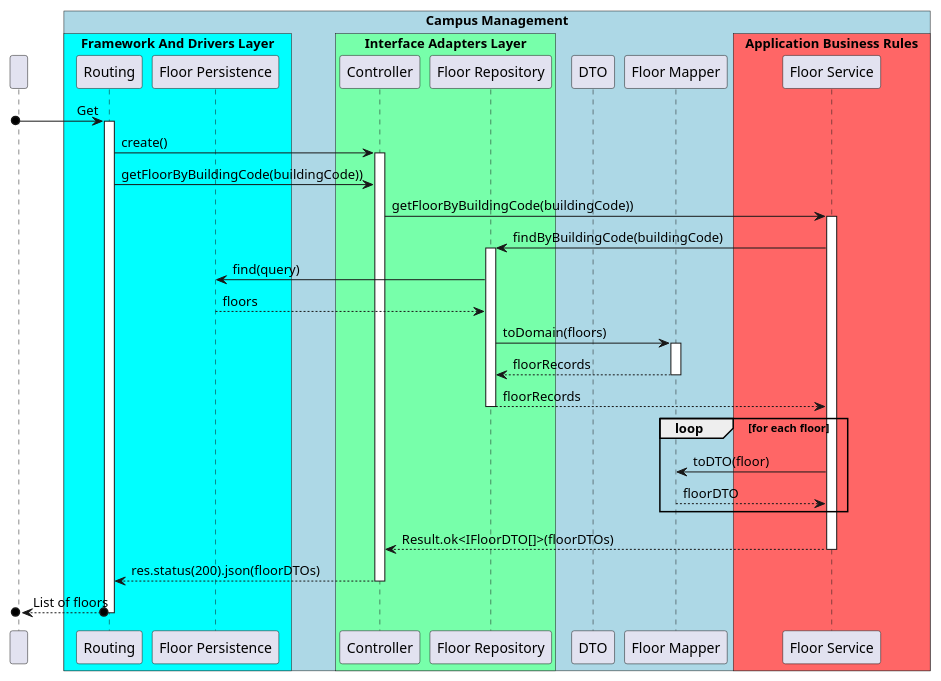
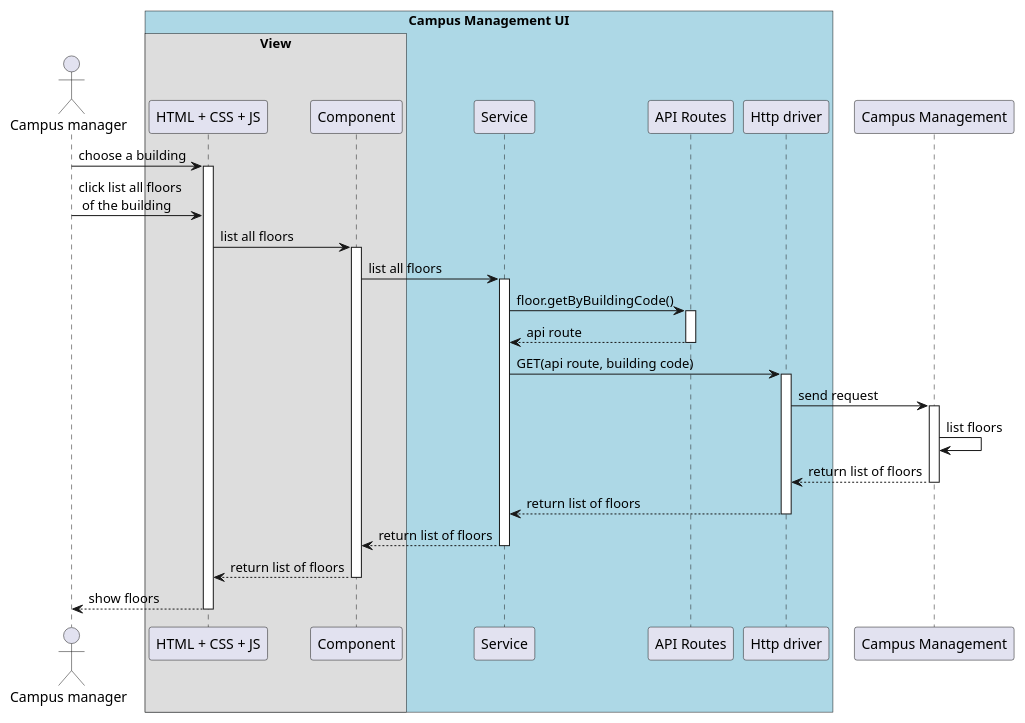
The diagram in docs/US/Sprint_B/ID-210-ID-1100/SD lv3.puml (winqus/RobDroneGo), drawn with PlantUML before and after one commit. The commit also changed 4 other files, not shown here.

```diff
--- a/docs/US/Sprint_B/ID-210-ID-1100/SD lv3.puml
+++ b/docs/US/Sprint_B/ID-210-ID-1100/SD lv3.puml
@@ -1,61 +1,59 @@
 @startuml SD Lv3
 
 !pragma teoz true
 
-participant " "
-box "Campus Management" #LightBlue
+actor "Campus manager" as user
+box "Campus Management UI" #LightBlue
 
-    box "Framework And Drivers Layer" #00ffff
-        participant Routing
-        participant "Floor Persistence" as Schema
+    box "View"
+        participant "HTML + CSS + JS" as html
+        participant "Component" as component
     end box
-
-    box "Interface Adapters Layer" #77ffaa
-        participant Controller
-        participant "Floor Repository" as Repository
-    end box
-
-    participant DTO
-    participant "Floor Mapper" as Map
-    box "Application Business Rules" #ff6666
-        participant "Floor Service" as Service
-    end box
+    participant "Service" as service
+    participant "API Routes" as API_ROUTES
+    participant "Http driver" as http
 
 end box
+participant "Campus Management" as campus
 
+user -> html : choose a building
+activate html
+user -> html : click list all floors\n of the building
 
-[o-> Routing : Get
-activate Routing
+    html -> component : list all floors
+    activate component
 
-    Routing -> Controller : create()
-    activate Controller
-    Routing -> Controller : getFloorByBuildingCode(buildingCode))
+        component -> service : list all floors
+        activate service
 
-        Controller -> Service : getFloorByBuildingCode(buildingCode))
-        activate Service
-            Service -> Repository : findByBuildingCode(buildingCode)
-            activate Repository
-                Repository -> Schema : find(query)
-                Schema --> Repository : floors
+            service -> API_ROUTES : floor.getByBuildingCode()
+            activate API_ROUTES
 
-                    Repository -> Map : toDomain(floors)
-                    activate Map
-                        Map --> Repository : floorRecords
-                    deactivate Map
-                Repository --> Service : floorRecords
-            deactivate Repository
-            loop for each floor
-                Service -> Map : toDTO(floor)
-                Map --> Service : floorDTO
-            end
-            Service --> Controller :  Result.ok<IFloorDTO[]>(floorDTOs)
-        deactivate Service
+            API_ROUTES --> service : api route
+            deactivate API_ROUTES
 
-    Controller --> Routing : res.status(200).json(floorDTOs)
-    deactivate Controller
+            service -> http : GET(api route, building code)
+            activate http
 
-[o<--o Routing : List of floors
-deactivate Routing
+                http -> campus : send request
+                activate campus
+
+                    campus -> campus : list floors
+                    
+                campus --> http : return list of floors
+                deactivate campus
+
+            http --> service : return list of floors
+            deactivate http
+
+        service --> component : return list of floors
+        deactivate service
+
+    component --> html : return list of floors
+    deactivate component
+
+html --> user : show floors
+deactivate html
 
 
 @enduml
```
